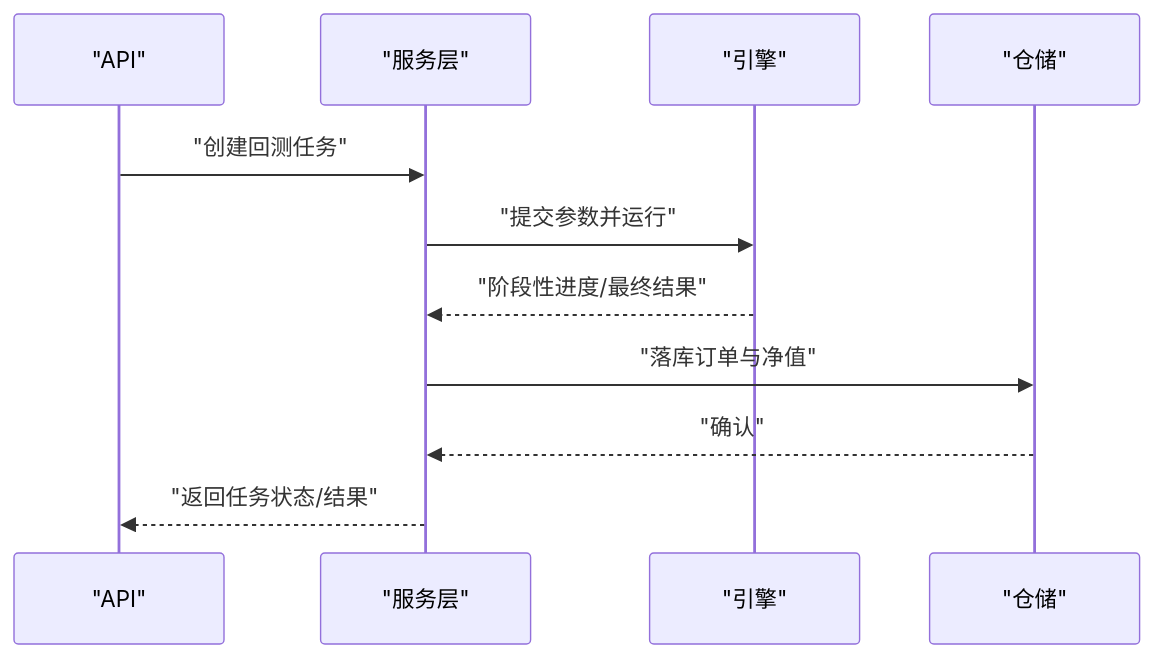
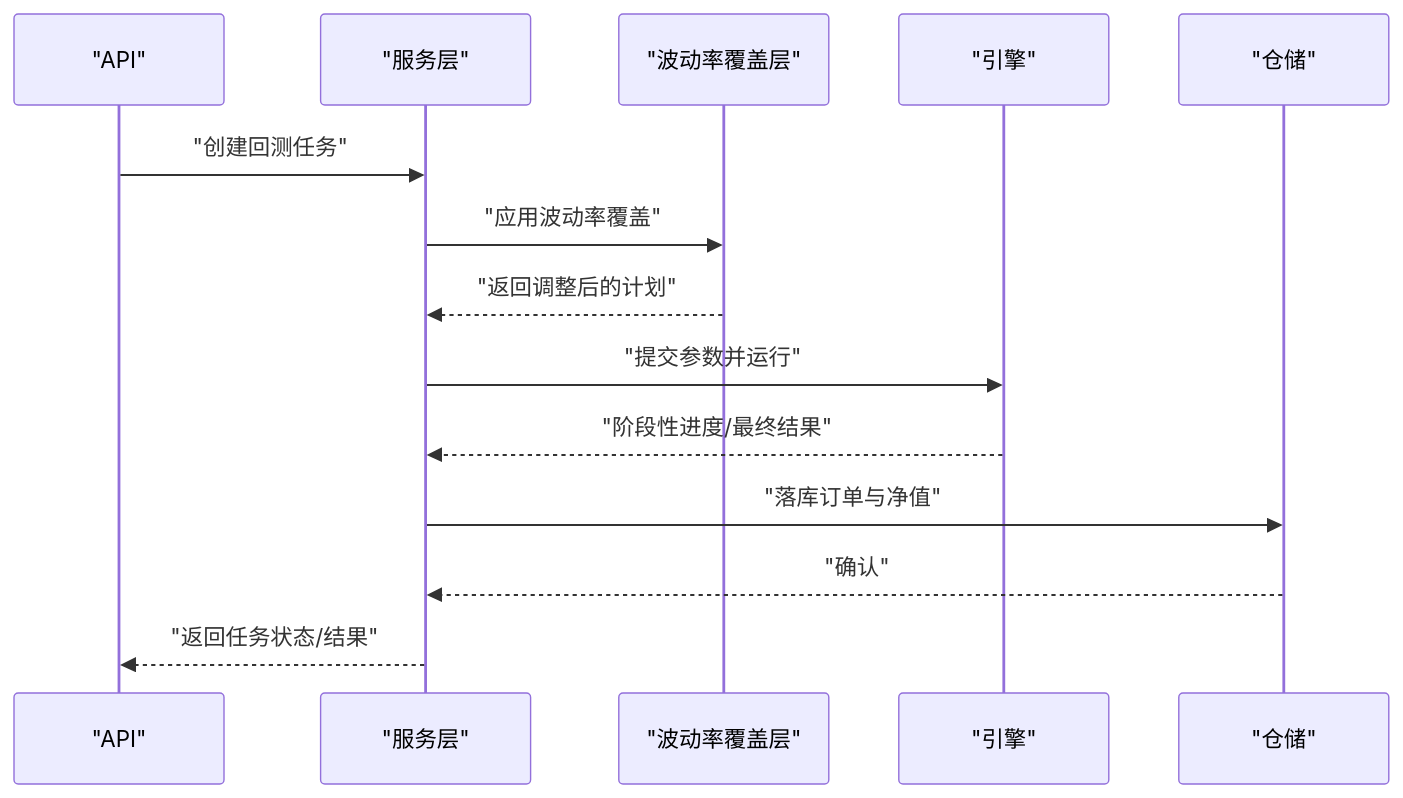
The seventh of 8 diagrams in .qoder/repowiki/zh/content/交易策略系统/回测引擎/回测引擎.md (anYaoooo/daily_stock_analysis), drawn with Mermaid before and after one commit. The commit also changed other lines of this file and 23 other files, not shown here.

````diff
--- a/.qoder/repowiki/zh/content/交易策略系统/回测引擎/回测引擎.md
+++ b/.qoder/repowiki/zh/content/交易策略系统/回测引擎/回测引擎.md
@@ -248,13 +340,16 @@
 ```mermaid
 sequenceDiagram
 participant API as "API"
 participant Svc as "服务层"
+participant Overlay as "波动率覆盖层"
 participant Eng as "引擎"
 participant Repo as "仓储"
 API->>Svc : "创建回测任务"
+Svc->>Overlay : "应用波动率覆盖"
+Overlay-->>Svc : "返回调整后的计划"
 Svc->>Eng : "提交参数并运行"
 Eng-->>Svc : "阶段性进度/最终结果"
 Svc->>Repo : "落库订单与净值"
 Repo-->>Svc : "确认"
 Svc-->>API : "返回任务状态/结果"
 ```
````
